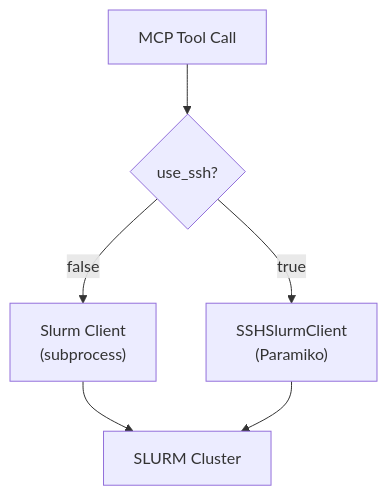
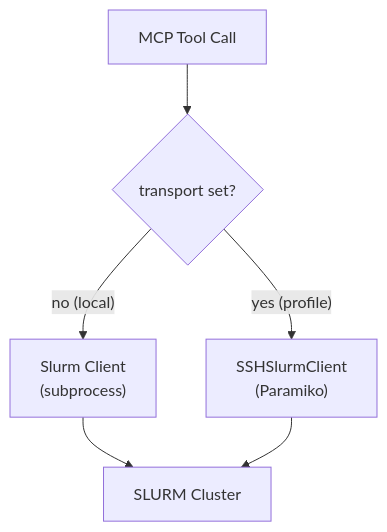
Before and after one commit to ksterx/srunx: the second of 3 diagrams in docs/explanation/mcp-architecture.md, drawn with Mermaid. The commit also changed other lines of this file and 61 other files, not shown here.

First line of the commit message:
refactor: unify transport/profile selection across CLI, ssh group, and MCP (#209)

````diff
--- a/docs/explanation/mcp-architecture.md
+++ b/docs/explanation/mcp-architecture.md
@@ -132,12 +134,12 @@
 ```mermaid
 flowchart TD
   Tool["MCP Tool Call"]
-  Check{"use_ssh?"}
+  Check{"transport set?"}
   Local["Slurm Client\n(subprocess)"]
   Remote["SSHSlurmClient\n(Paramiko)"]
   SLURM["SLURM Cluster"]
 
   Tool --> Check
-  Check -- "false" --> Local --> SLURM
-  Check -- "true" --> Remote --> SLURM
+  Check -- "no (local)" --> Local --> SLURM
+  Check -- "yes (profile)" --> Remote --> SLURM
 ```
````
